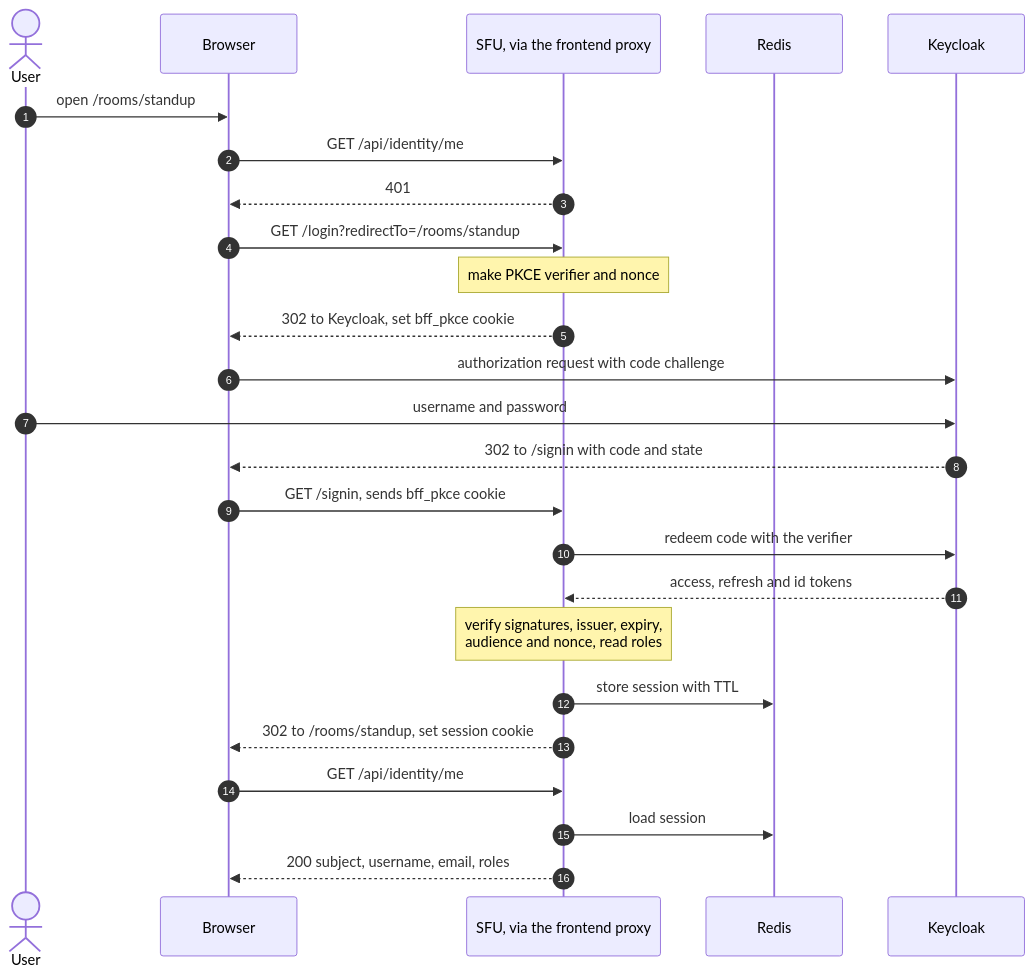
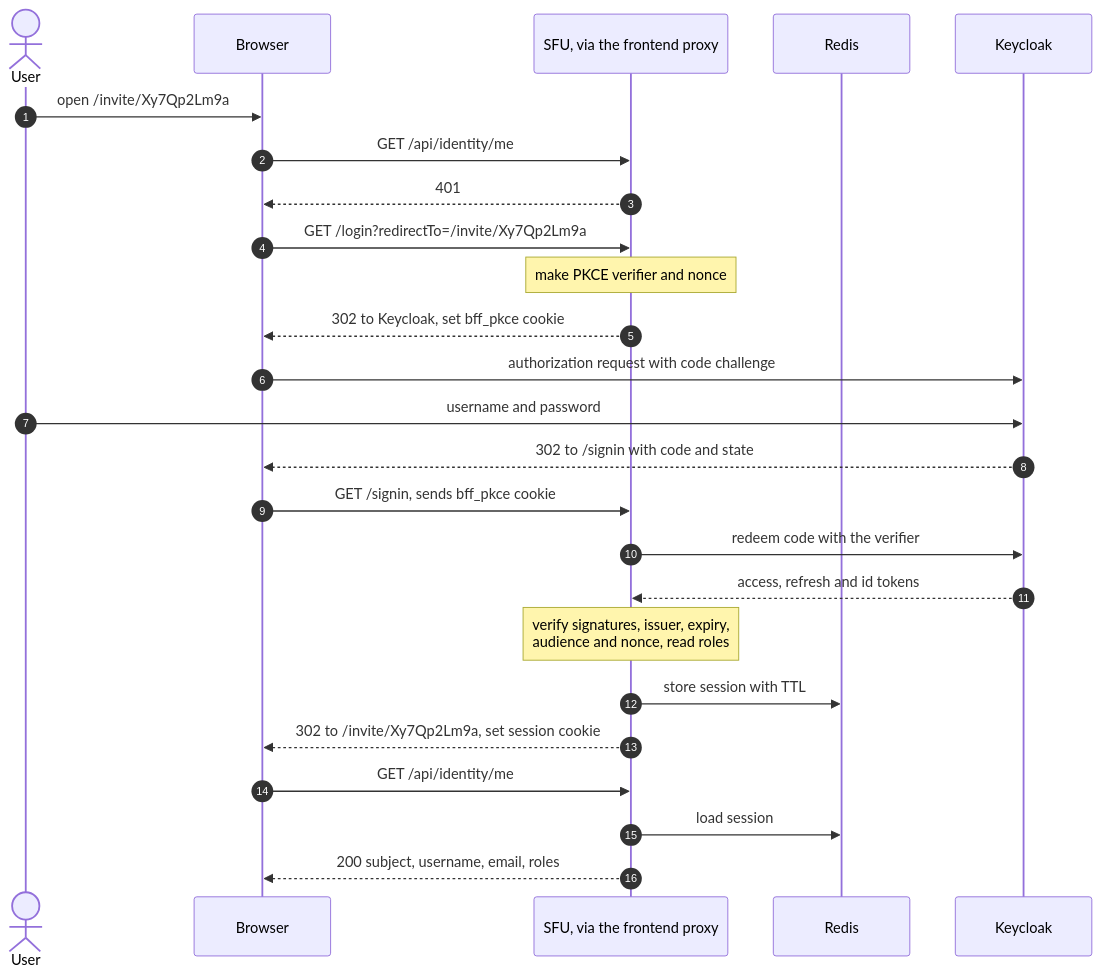
Before and after one commit to Jonohas/melior: the sixth of 18 diagrams in docs/architecture.md, drawn with Mermaid. The commit also changed other lines of this file and 2 other files, not shown here.

````diff
--- a/docs/architecture.md
+++ b/docs/architecture.md
@@ -258,28 +299,28 @@
 ```mermaid
 sequenceDiagram
     autonumber
     actor user as User
     participant browser as Browser
     participant sfu as SFU, via the frontend proxy
     participant redis as Redis
     participant kc as Keycloak
 
-    user->>browser: open /rooms/standup
+    user->>browser: open /invite/Xy7Qp2Lm9a
     browser->>sfu: GET /api/identity/me
     sfu-->>browser: 401
-    browser->>sfu: GET /login?redirectTo=/rooms/standup
+    browser->>sfu: GET /login?redirectTo=/invite/Xy7Qp2Lm9a
     Note over sfu: make PKCE verifier and nonce
     sfu-->>browser: 302 to Keycloak, set bff_pkce cookie
     browser->>kc: authorization request with code challenge
     user->>kc: username and password
     kc-->>browser: 302 to /signin with code and state
     browser->>sfu: GET /signin, sends bff_pkce cookie
     sfu->>kc: redeem code with the verifier
     kc-->>sfu: access, refresh and id tokens
     Note over sfu: verify signatures, issuer, expiry,<br/>audience and nonce, read roles
     sfu->>redis: store session with TTL
-    sfu-->>browser: 302 to /rooms/standup, set session cookie
+    sfu-->>browser: 302 to /invite/Xy7Qp2Lm9a, set session cookie
     browser->>sfu: GET /api/identity/me
     sfu->>redis: load session
     sfu-->>browser: 200 subject, username, email, roles
 ```
````
